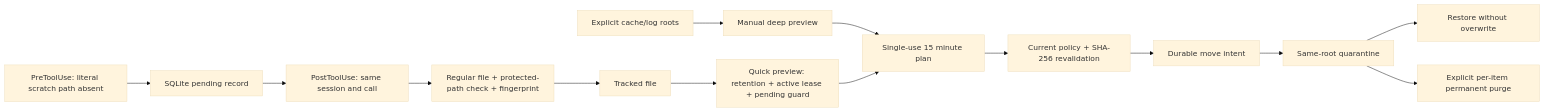
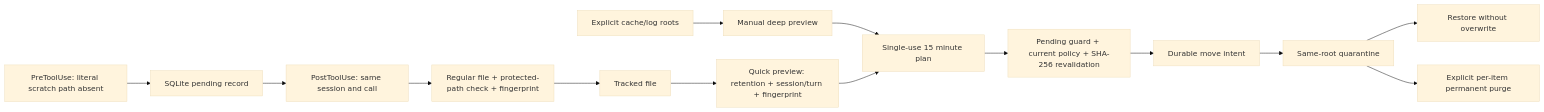
The diagram in docs/design.md (funtasy2333/codex-disk-cleanup), drawn with Mermaid (base theme) before and after one commit. The commit also changed other lines of this file and 9 other files, not shown here.

````diff
--- a/docs/design.md
+++ b/docs/design.md
@@ -6,16 +6,16 @@
 ```mermaid
 flowchart LR
   A[PreToolUse: literal scratch path absent] --> B[SQLite pending record]
   B --> C[PostToolUse: same session and call]
   C --> D[Regular file + protected-path check + fingerprint]
   D --> E[Tracked file]
-  E --> F[Quick preview: retention + active lease + pending guard]
+  E --> F[Quick preview: retention + session/turn + fingerprint]
   G[Explicit cache/log roots] --> H[Manual deep preview]
   H --> I[Single-use 15 minute plan]
   F --> I
-  I --> J[Current policy + SHA-256 revalidation]
+  I --> J[Pending guard + current policy + SHA-256 revalidation]
   J --> K[Durable move intent]
   K --> L[Same-root quarantine]
   L --> M[Restore without overwrite]
   L --> N[Explicit per-item permanent purge]
 ```
````
